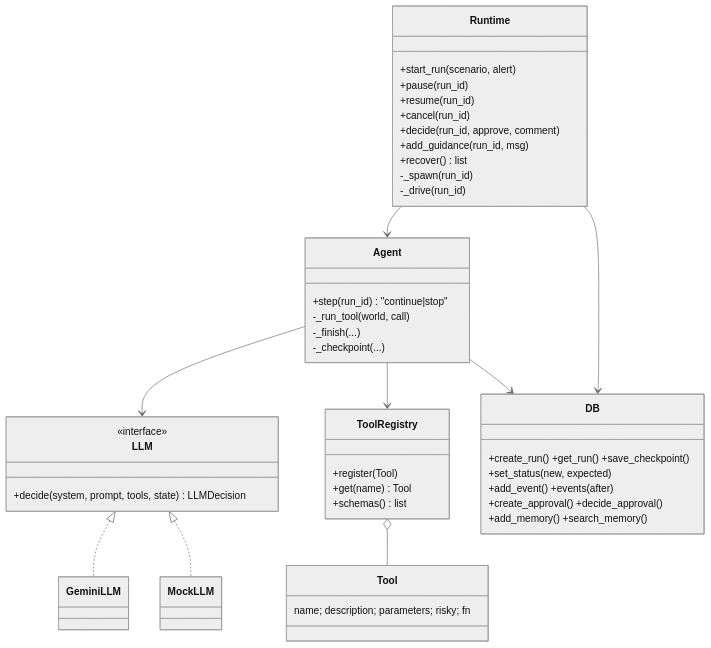
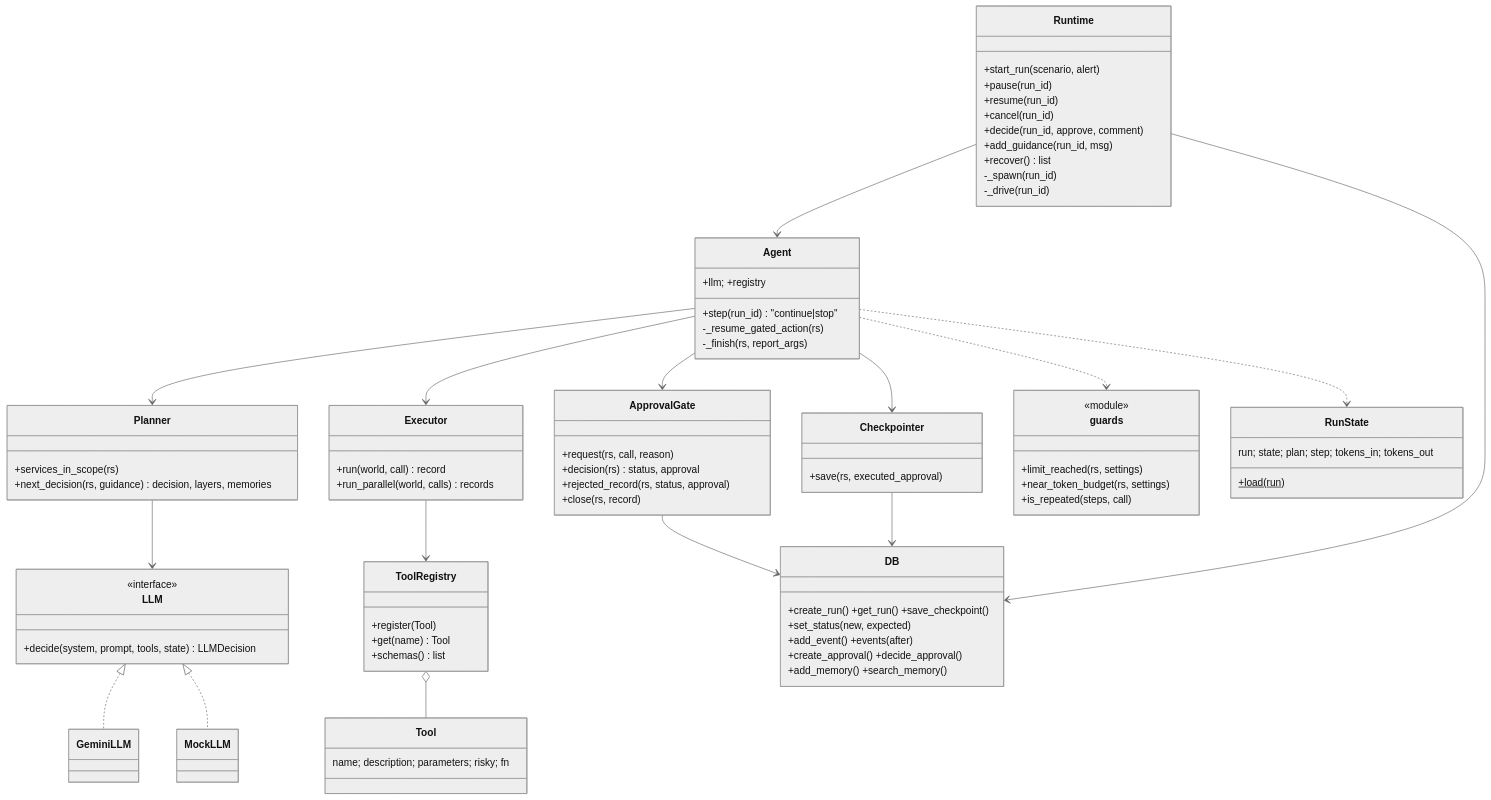
Before and after one commit to Zulfiqar7862/incident-triage-agent-gemini: the first of 6 diagrams in docs/LLD.md, drawn with Mermaid (neutral theme). The commit also changed other lines of this file and 3 other files, not shown here.

First line of the commit message:
docs: reflect the agent module split; exact local test steps for demo and Gemini modes

```diff
--- a/docs/LLD.md
+++ b/docs/LLD.md
@@ -16,10 +16,37 @@
       -_drive(run_id)
     }
     class Agent {
+      +llm; +registry
       +step(run_id) "continue|stop"
-      -_run_tool(world, call)
-      -_finish(...)
-      -_checkpoint(...)
+      -_resume_gated_action(rs)
+      -_finish(rs, report_args)
+    }
+    class RunState {
+      run; state; plan; step; tokens_in; tokens_out
+      +load(run)$
+    }
+    class Checkpointer {
+      +save(rs, executed_approval)
+    }
+    class Planner {
+      +services_in_scope(rs)
+      +next_decision(rs, guidance) decision, layers, memories
+    }
+    class Executor {
+      +run(world, call) record
+      +run_parallel(world, calls) records
+    }
+    class ApprovalGate {
+      +request(rs, call, reason)
+      +decision(rs) status, approval
+      +rejected_record(rs, status, approval)
+      +close(rs, record)
+    }
+    class guards {
+      <<module>>
+      +limit_reached(rs, settings)
+      +near_token_budget(rs, settings)
+      +is_repeated(steps, call)
     }
     class LLM {
       <<interface>>
@@ -44,9 +71,16 @@
     }
     Runtime --> Agent
     Runtime --> DB
-    Agent --> LLM
-    Agent --> ToolRegistry
-    Agent --> DB
+    Agent --> Planner
+    Agent --> Executor
+    Agent --> ApprovalGate
+    Agent --> Checkpointer
+    Agent ..> guards
+    Agent ..> RunState
+    Planner --> LLM
+    Executor --> ToolRegistry
+    ApprovalGate --> DB
+    Checkpointer --> DB
     LLM <|.. GeminiLLM
     LLM <|.. MockLLM
     ToolRegistry o-- Tool
```
